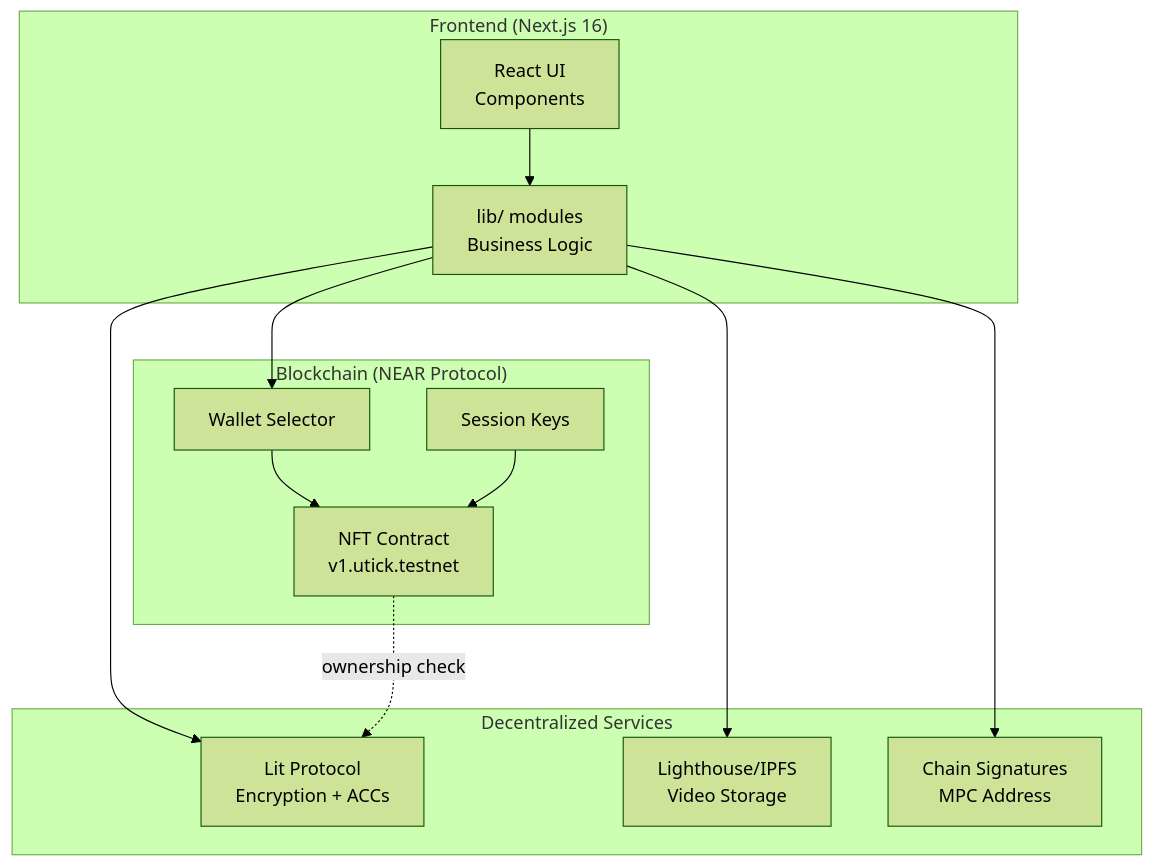
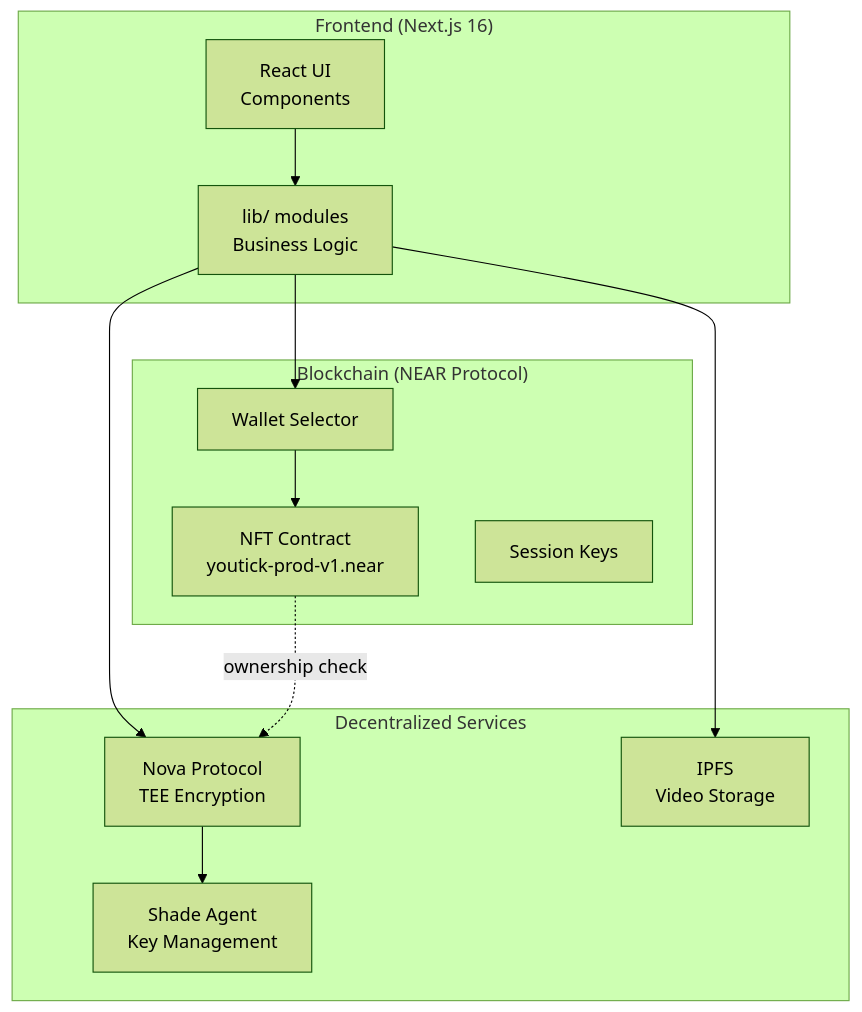
The diagram in README.md (4rmus/youtick), drawn with Mermaid (forest theme) before and after one commit. The commit also changed other lines of this file and 195 other files, not shown here.

````diff
--- a/README.md
+++ b/README.md
@@ -46,27 +46,26 @@
 ```mermaid
 graph TB
     subgraph Frontend["Frontend (Next.js 16)"]
         UI[React UI<br/>Components]
         LIB[lib/ modules<br/>Business Logic]
     end
 
     subgraph NEAR["Blockchain (NEAR Protocol)"]
-        CONTRACT[NFT Contract<br/>v1.utick.testnet]
+        CONTRACT[NFT Contract<br/>youtick-prod-v1.near]
         WALLET[Wallet Selector]
         SESSION[Session Keys]
     end
 
     subgraph Services["Decentralized Services"]
-        LIT[Lit Protocol<br/>Encryption + ACCs]
-        IPFS[Lighthouse/IPFS<br/>Video Storage]
-        MPC[Chain Signatures<br/>MPC Address]
+        NOVA[Nova Protocol<br/>TEE Encryption]
+        IPFS[IPFS<br/>Video Storage]
+        SHADE[Shade Agent<br/>Key Management]
     end
 
     UI --> LIB
     LIB --> WALLET --> CONTRACT
-    LIB --> LIT
+    LIB --> NOVA
     LIB --> IPFS
-    LIB --> MPC
-    SESSION --> CONTRACT
-    CONTRACT -.->|ownership check| LIT
+    NOVA --> SHADE
+    CONTRACT -.->|ownership check| NOVA
 ```
````
